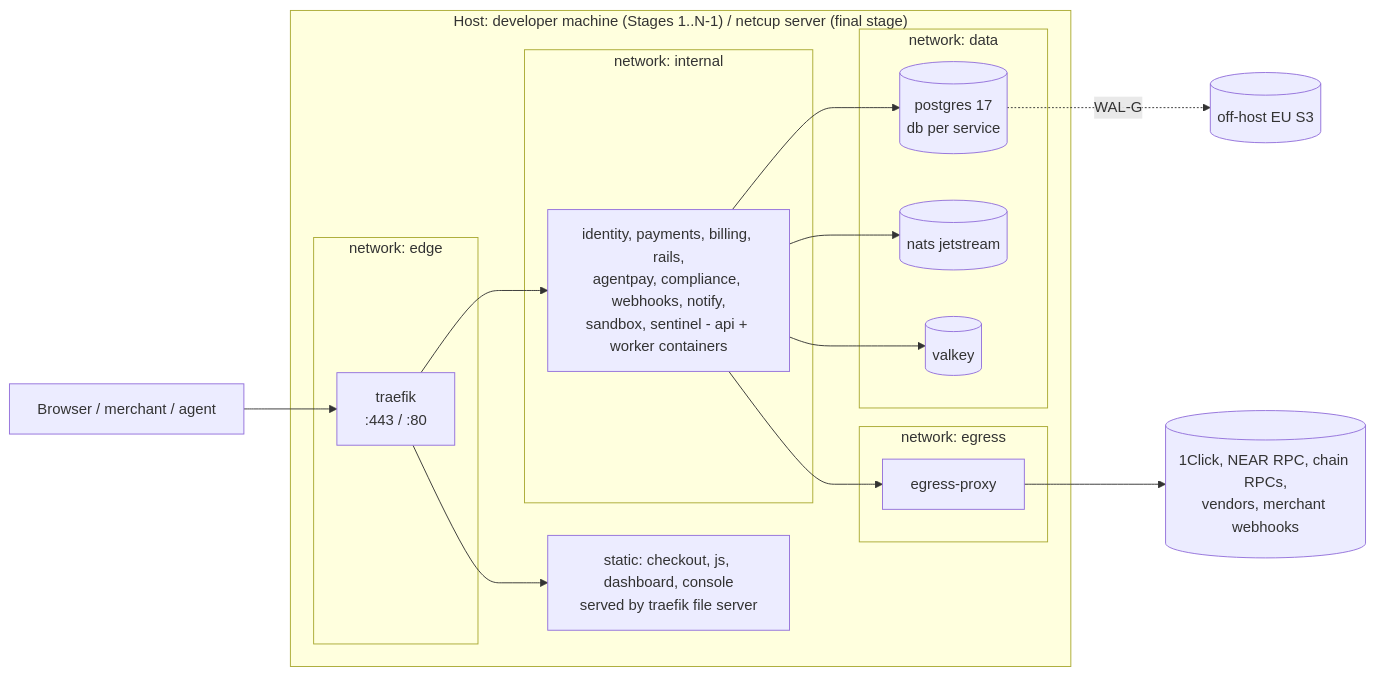
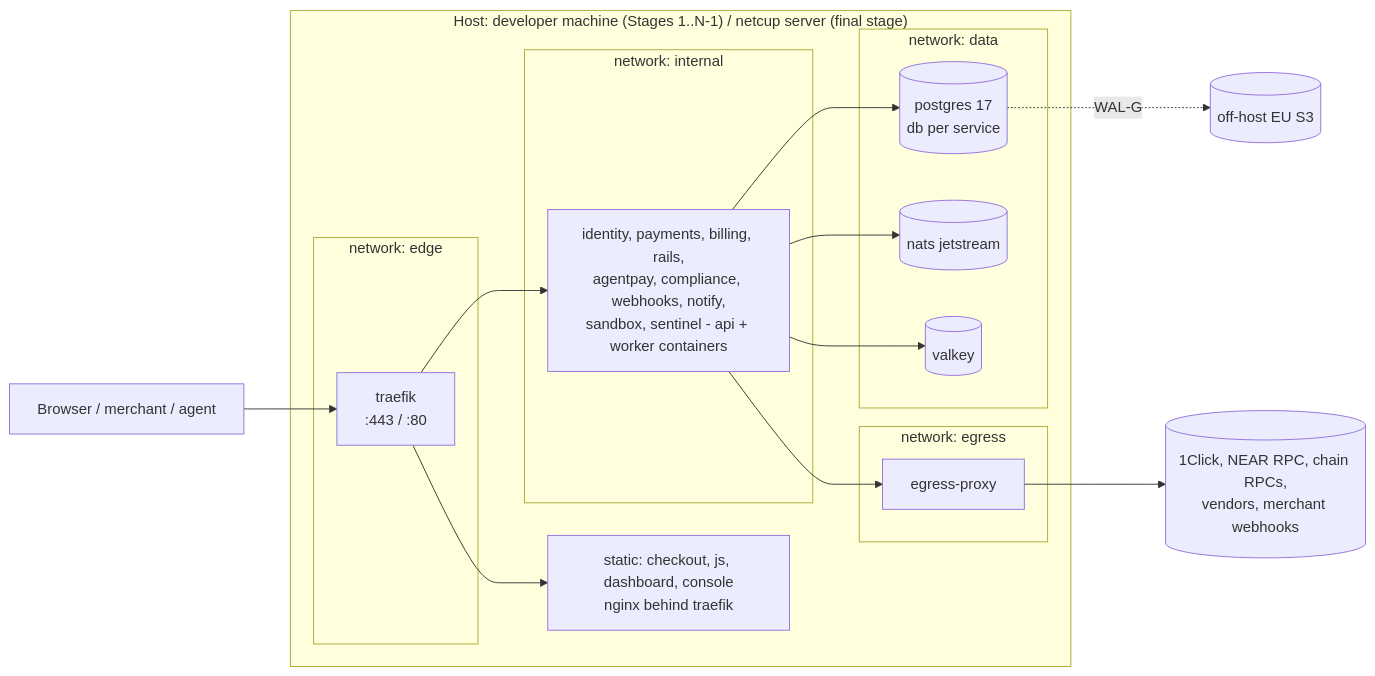
One commit to nearpay-money/nearpay-brain changed the first of 2 diagrams in architecture/infrastructure.md. Above: the diagram before and after it, drawn with Mermaid. The commit also changed other lines of this file and 13 other files, not shown here.

````diff
--- a/architecture/infrastructure.md
+++ b/architecture/infrastructure.md
@@ -7,27 +7,27 @@
 ```mermaid
 flowchart LR
   subgraph Host["Host: developer machine (Stages 1..N-1) / netcup server (final stage)"]
     subgraph edge["network: edge"]
       TR[traefik<br/>:443 / :80]
     end
     subgraph internal["network: internal"]
       SVC[identity, payments, billing, rails,<br/>agentpay, compliance, webhooks, notify,<br/>sandbox, sentinel - api + worker containers]
     end
     subgraph data["network: data"]
       PG[(postgres 17<br/>db per service)]
       NA[(nats jetstream)]
       VA[(valkey)]
     end
     subgraph egress["network: egress"]
       EP[egress-proxy]
     end
-    ST[static: checkout, js, dashboard, console<br/>served by traefik file server]
+    ST[static: checkout, js, dashboard, console<br/>nginx behind traefik]
   end
   BR[Browser / merchant / agent] --> TR
   TR --> SVC
   TR --> ST
   SVC --> PG & NA & VA
   SVC --> EP
   EP --> NET[(1Click, NEAR RPC, chain RPCs,<br/>vendors, merchant webhooks)]
   PG -. WAL-G .-> S3[(off-host EU S3)]
 ```
````
